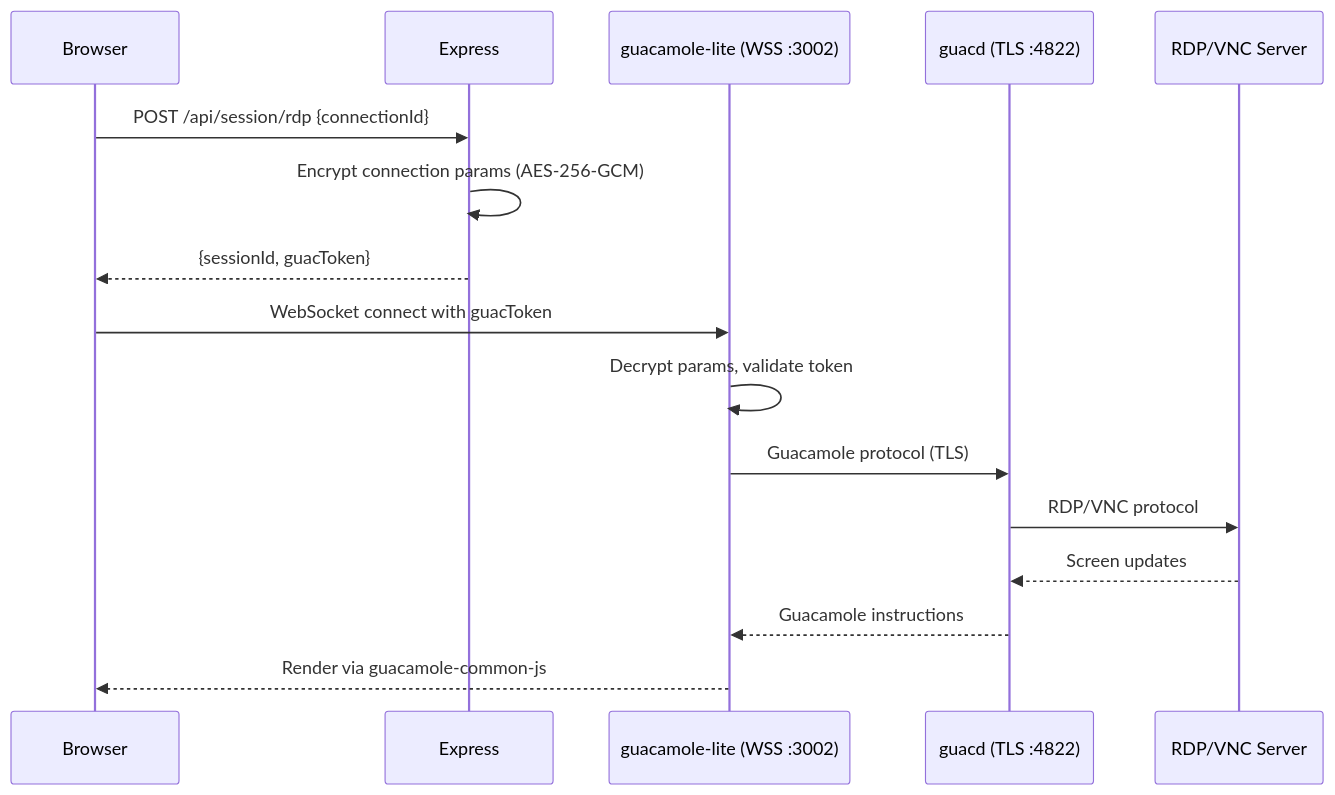
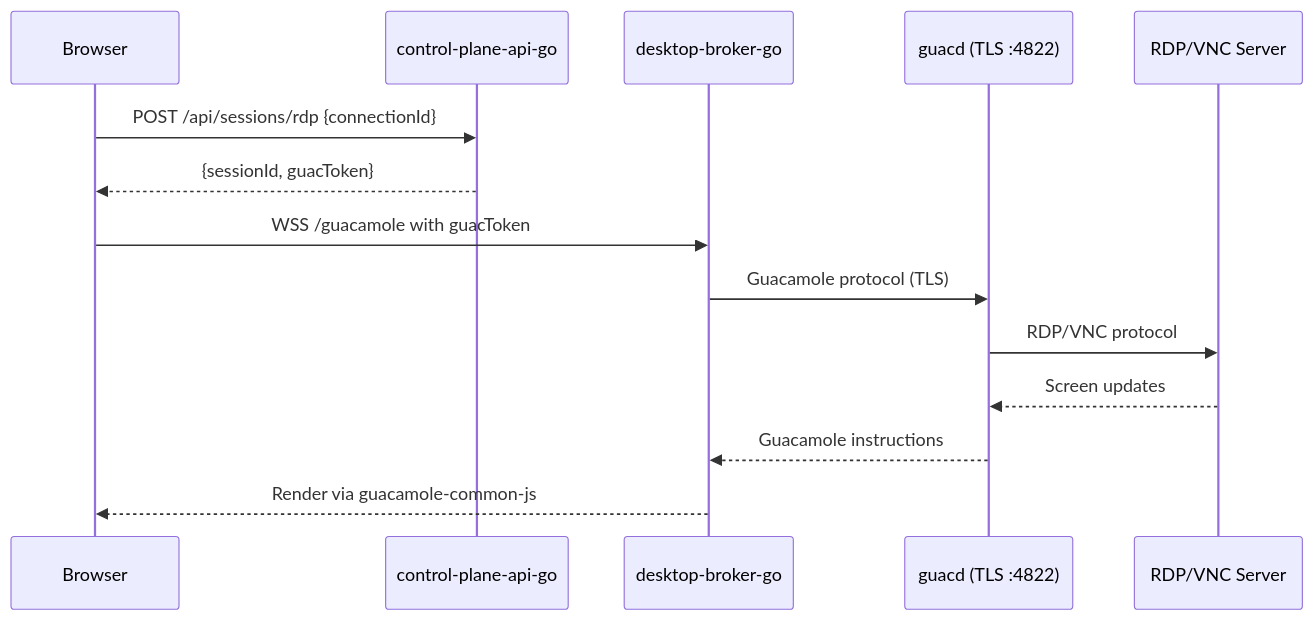
One commit to dnviti/arsenale changed the sixth of 11 diagrams in docs/architecture.md. Above: the diagram before and after it, drawn with Mermaid. The commit also changed other lines of this file and 300 other files, not shown here.

````diff
--- a/docs/architecture.md
+++ b/docs/architecture.md
@@ -211,19 +198,17 @@
 ```mermaid
 sequenceDiagram
     participant Browser
-    participant Express
-    participant GuacLite as guacamole-lite (WSS :3002)
+    participant API as control-plane-api-go
+    participant Desktop as desktop-broker-go
     participant Guacd as guacd (TLS :4822)
     participant Target as RDP/VNC Server
 
-    Browser->>Express: POST /api/session/rdp {connectionId}
-    Express->>Express: Encrypt connection params (AES-256-GCM)
-    Express-->>Browser: {sessionId, guacToken}
-    Browser->>GuacLite: WebSocket connect with guacToken
-    GuacLite->>GuacLite: Decrypt params, validate token
-    GuacLite->>Guacd: Guacamole protocol (TLS)
+    Browser->>API: POST /api/sessions/rdp {connectionId}
+    API-->>Browser: {sessionId, guacToken}
+    Browser->>Desktop: WSS /guacamole with guacToken
+    Desktop->>Guacd: Guacamole protocol (TLS)
     Guacd->>Target: RDP/VNC protocol
     Target-->>Guacd: Screen updates
-    Guacd-->>GuacLite: Guacamole instructions
-    GuacLite-->>Browser: Render via guacamole-common-js
+    Guacd-->>Desktop: Guacamole instructions
+    Desktop-->>Browser: Render via guacamole-common-js
 ```
````
